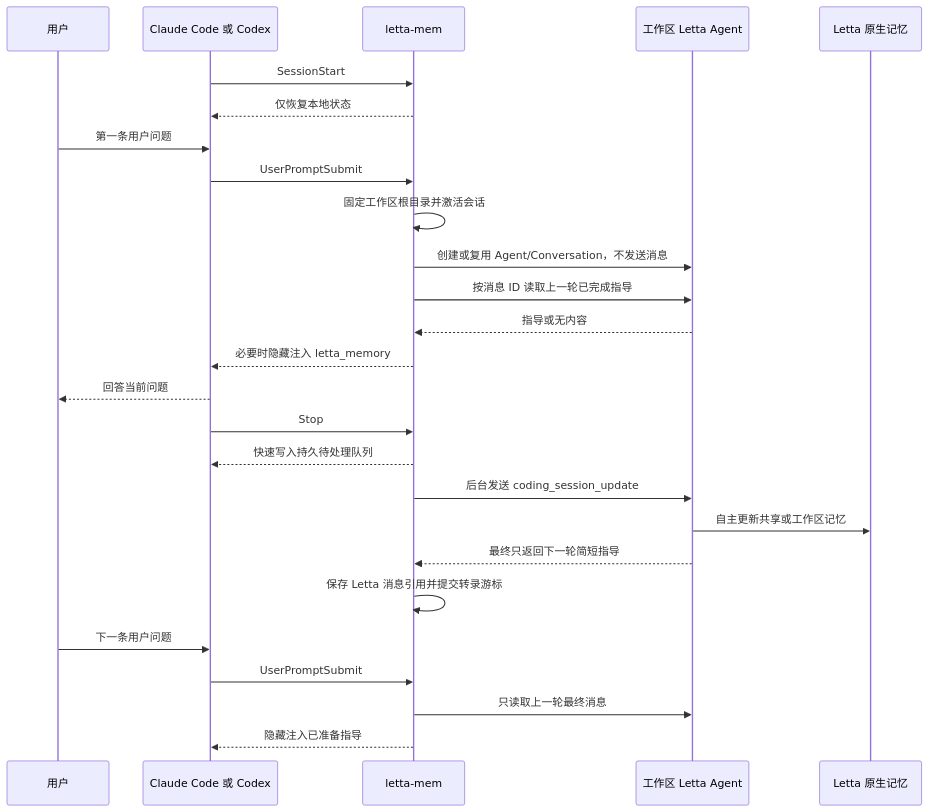
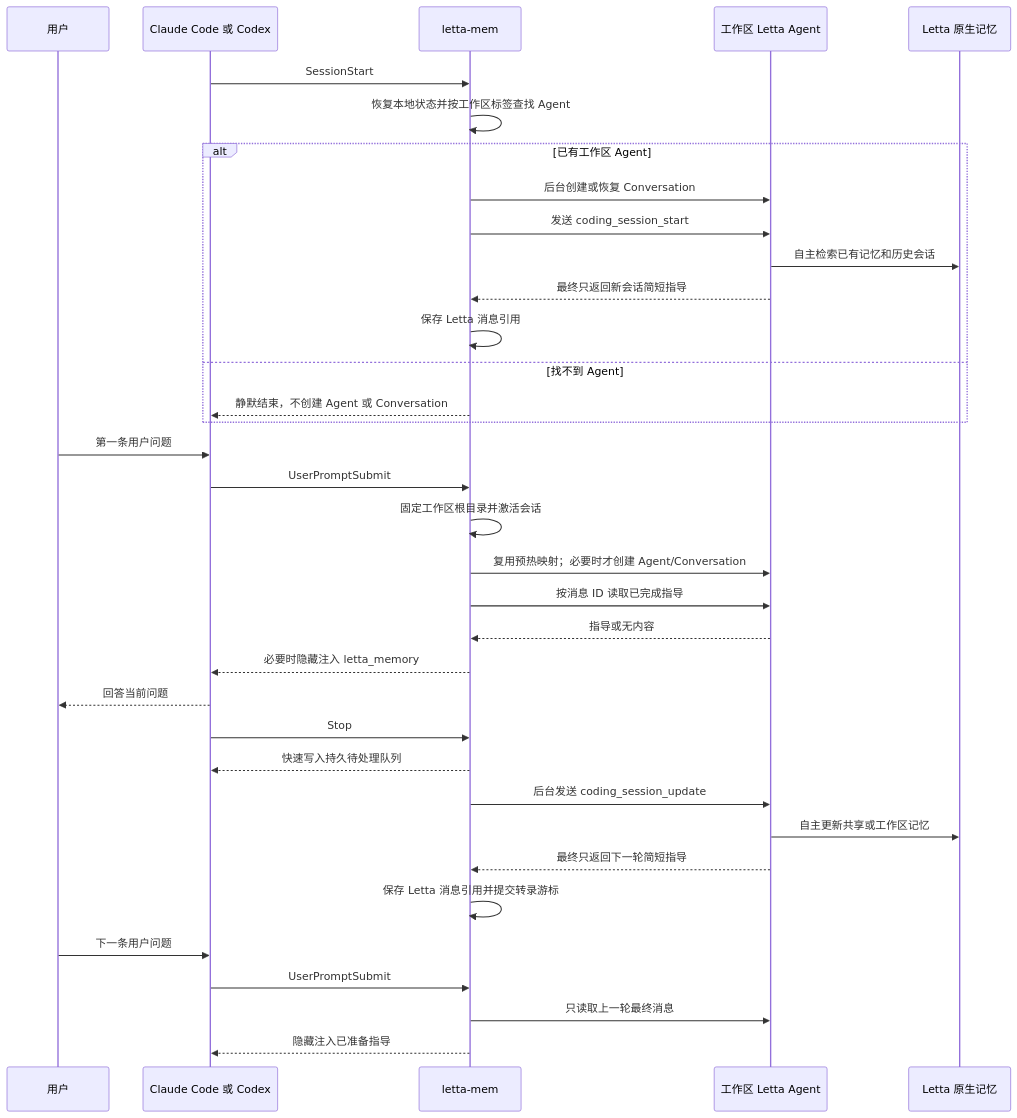
The diagram in plugins/letta-mem/README.md (rvaim/rvaim-marketplace), drawn with Mermaid before and after one commit. The commit also changed other lines of this file and 15 other files, not shown here.

Commit message:
feat(letta-mem): 恢复已有 Agent 会话预热

````diff
--- a/plugins/letta-mem/README.md
+++ b/plugins/letta-mem/README.md
@@ -91,32 +99,41 @@
 ```mermaid
 sequenceDiagram
     participant U as 用户
     participant H as Claude Code 或 Codex
     participant P as letta-mem
     participant A as 工作区 Letta Agent
     participant M as Letta 原生记忆
 
     H->>P: SessionStart
-    P-->>H: 仅恢复本地状态
+    P->>P: 恢复本地状态并按工作区标签查找 Agent
+    alt 已有工作区 Agent
+        P->>A: 后台创建或恢复 Conversation
+        P->>A: 发送 coding_session_start
+        A->>M: 自主检索已有记忆和历史会话
+        A-->>P: 最终只返回新会话简短指导
+        P->>P: 保存 Letta 消息引用
+    else 找不到 Agent
+        P-->>H: 静默结束，不创建 Agent 或 Conversation
+    end
 
     U->>H: 第一条用户问题
     H->>P: UserPromptSubmit
     P->>P: 固定工作区根目录并激活会话
-    P->>A: 创建或复用 Agent/Conversation，不发送消息
-    P->>A: 按消息 ID 读取上一轮已完成指导
+    P->>A: 复用预热映射；必要时才创建 Agent/Conversation
+    P->>A: 按消息 ID 读取已完成指导
     A-->>P: 指导或无内容
     P-->>H: 必要时隐藏注入 letta_memory
     H-->>U: 回答当前问题
 
     H->>P: Stop
     P-->>H: 快速写入持久待处理队列
     P->>A: 后台发送 coding_session_update
     A->>M: 自主更新共享或工作区记忆
     A-->>P: 最终只返回下一轮简短指导
     P->>P: 保存 Letta 消息引用并提交转录游标
 
     U->>H: 下一条用户问题
     H->>P: UserPromptSubmit
     P->>A: 只读取上一轮最终消息
     P-->>H: 隐藏注入已准备指导
 ```
````
